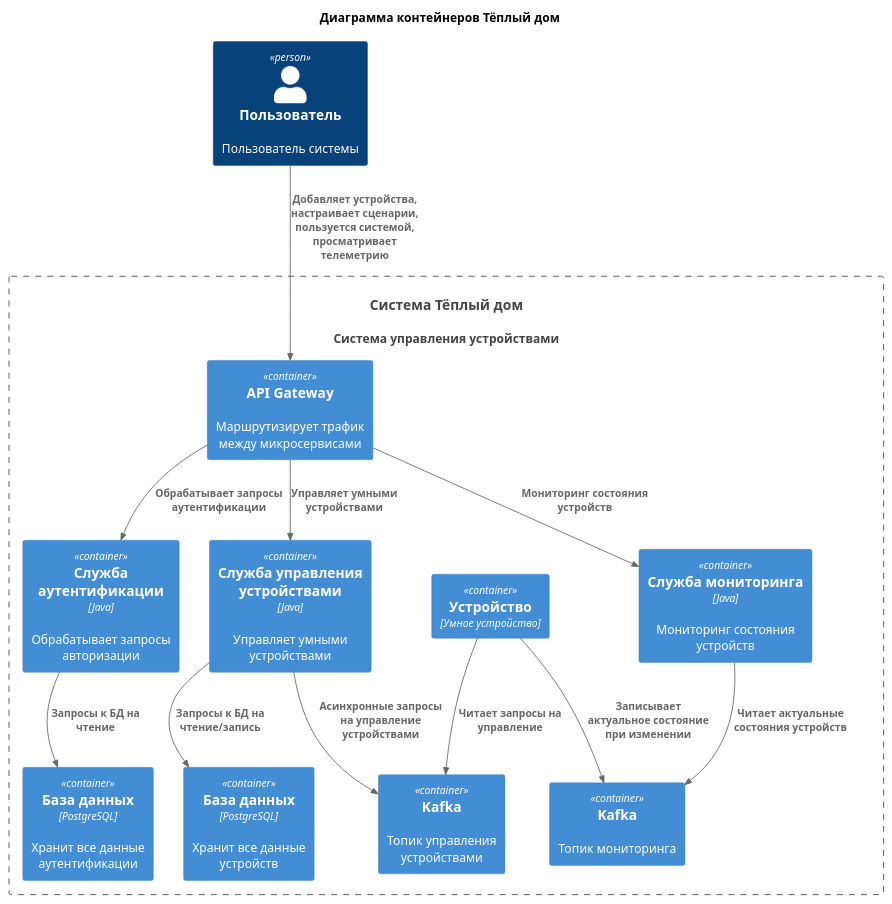
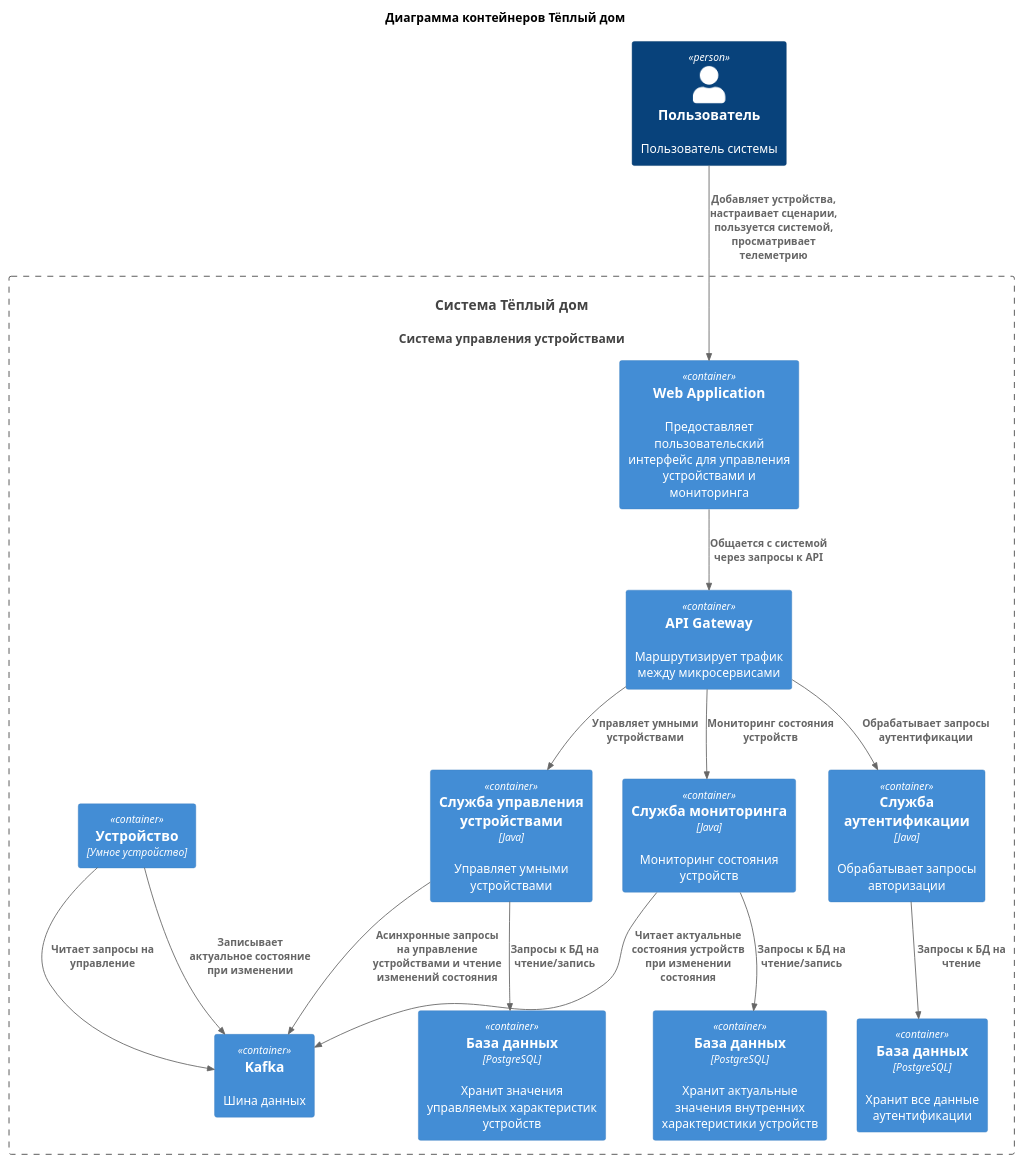
One commit to kelwar/architecture-sprint-3 changed the diagram in c4templates/WarmhouseContainerDiagram.puml. Above: the diagram before and after it, drawn with PlantUML. The commit also changed 2 other files, not shown here.

Commit message:
Добавлена диаграмма компонентов

```diff
--- a/c4templates/WarmhouseContainerDiagram.puml
+++ b/c4templates/WarmhouseContainerDiagram.puml
@@ -1,35 +1,38 @@
 @startuml
 title Диаграмма контейнеров Тёплый дом
 
 top to bottom direction
 
 !include C4_Container.puml
 
 Person(user, "Пользователь", "Пользователь системы")
 
 System(WarmHouseSystem, "Система Тёплый дом", "Система управления устройствами")
 
 Container_Boundary(WarmHouseSystem, "Система Тёплый дом") {
+  Container(WebApplication, "Web Application", "", "Предоставляет пользовательский интерфейс для управления устройствами и мониторинга")
   Container(ApiGateway, "API Gateway", "", "Маршрутизирует трафик между микросервисами")
   Container(AuthenticationService, "Служба аутентификации", "Java", "Обрабатывает запросы авторизации")
   Container(DeviceManagementService, "Служба управления устройствами", "Java", "Управляет умными устройствами")
   Container(DeviceMonitoringService, "Служба мониторинга", "Java", "Мониторинг состояния устройств")
   Container(AuthenticationDatabase, "База данных", "PostgreSQL", "Хранит все данные аутентификации")
-  Container(DeviceDatabase, "База данных", "PostgreSQL", "Хранит все данные устройств")
-  Container(KafkaDeviceManagement, "Kafka", "", "Топик управления устройствами")
-  Container(KafkaMonitoring, "Kafka", "", "Топик мониторинга")
+  Container(DeviceDatabase, "База данных", "PostgreSQL", "Хранит значения управляемых характеристик устройств")
+  Container(Kafka, "Kafka", "", "Шина данных")
   Container(Device, "Устройство", "Умное устройство")
+  Container(MonitoringDatabase, "База данных", "PostgreSQL", "Хранит актуальные значения внутренних характеристики устройств")
 }
 
-Rel(user, ApiGateway, "Добавляет устройства, настраивает сценарии, пользуется системой, просматривает телеметрию")
+Rel(user, WebApplication, "Добавляет устройства, настраивает сценарии, пользуется системой, просматривает телеметрию")
+Rel(WebApplication, ApiGateway, "Общается с системой через запросы к API")
 Rel(ApiGateway, AuthenticationService, "Обрабатывает запросы аутентификации")
 Rel(ApiGateway, DeviceManagementService, "Управляет умными устройствами")
 Rel(ApiGateway, DeviceMonitoringService, "Мониторинг состояния устройств")
 Rel(AuthenticationService, AuthenticationDatabase, "Запросы к БД на чтение")
 Rel(DeviceManagementService, DeviceDatabase, "Запросы к БД на чтение/запись")
-Rel(DeviceManagementService, KafkaDeviceManagement, "Асинхронные запросы на управление устройствами")
-Rel(DeviceMonitoringService, KafkaMonitoring, "Читает актуальные состояния устройств")
-Rel(Device, KafkaDeviceManagement, "Читает запросы на управление")
-Rel(Device, KafkaMonitoring, "Записывает актуальное состояние при изменении")
+Rel(DeviceManagementService, Kafka, "Асинхронные запросы на управление устройствами и чтение изменений состояния")
+Rel(DeviceMonitoringService, Kafka, "Читает актуальные состояния устройств при изменении состояния")
+Rel(Device, Kafka, "Читает запросы на управление")
+Rel(Device, Kafka, "Записывает актуальное состояние при изменении")
+Rel(DeviceMonitoringService, MonitoringDatabase, "Запросы к БД на чтение/запись")
 
 @enduml
```
